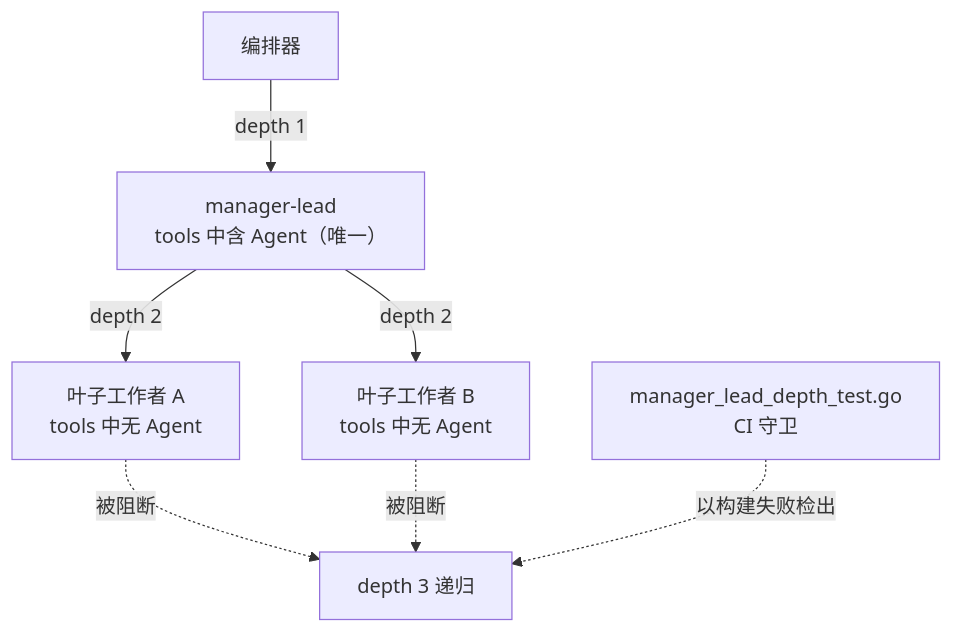
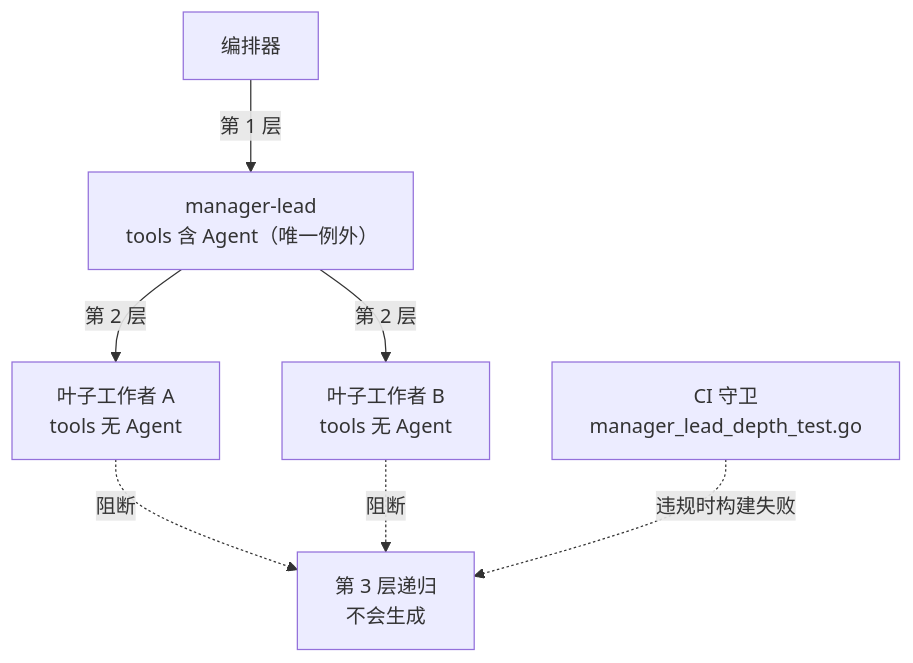
Before and after one commit to modu-ai/moai-adk: the fourth of 4 diagrams in docs-site/content/zh/advanced/agent-guide.md, drawn with Mermaid. The commit also changed other lines of this file and 2 other files, not shown here.

First line of the commit message:
docs(SPEC-DOCS-HEADING-PARITY-001): M4 agent-guide fold 30→22 to ko structure (card t1328)

````diff
--- a/docs-site/content/zh/advanced/agent-guide.md
+++ b/docs-site/content/zh/advanced/agent-guide.md
@@ -170,9 +196,9 @@
 ```mermaid
 flowchart TD
-    ORCH["编排器"] -->|"depth 1"| LEAD["manager-lead<br>tools 中含 Agent（唯一）"]
-    LEAD -->|"depth 2"| W1["叶子工作者 A<br>tools 中无 Agent"]
-    LEAD -->|"depth 2"| W2["叶子工作者 B<br>tools 中无 Agent"]
-    W1 -.->|"被阻断"| X["depth 3 递归"]
-    W2 -.->|"被阻断"| X
-    GUARD["manager_lead_depth_test.go<br>CI 守卫"] -.->|"以构建失败检出"| X
+    ORCH["编排器"] -->|"第 1 层"| LEAD["manager-lead<br>tools 含 Agent（唯一例外）"]
+    LEAD -->|"第 2 层"| W1["叶子工作者 A<br>tools 无 Agent"]
+    LEAD -->|"第 2 层"| W2["叶子工作者 B<br>tools 无 Agent"]
+    W1 -.->|"阻断"| X["第 3 层递归<br>不会生成"]
+    W2 -.->|"阻断"| X
+    GUARD["CI 守卫<br>manager_lead_depth_test.go"] -.->|"违规时构建失败"| X
 ```
````
